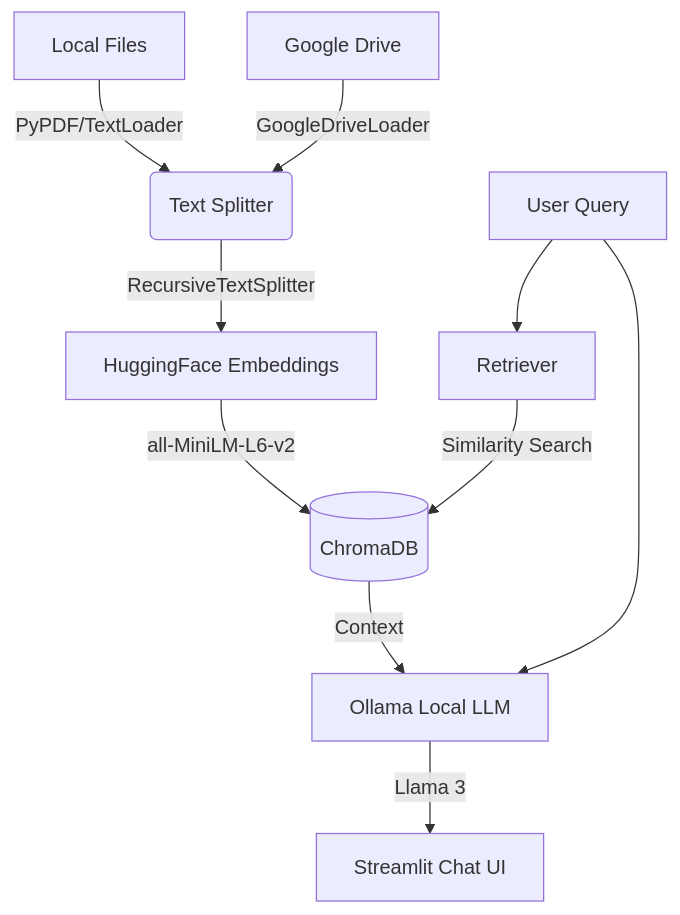
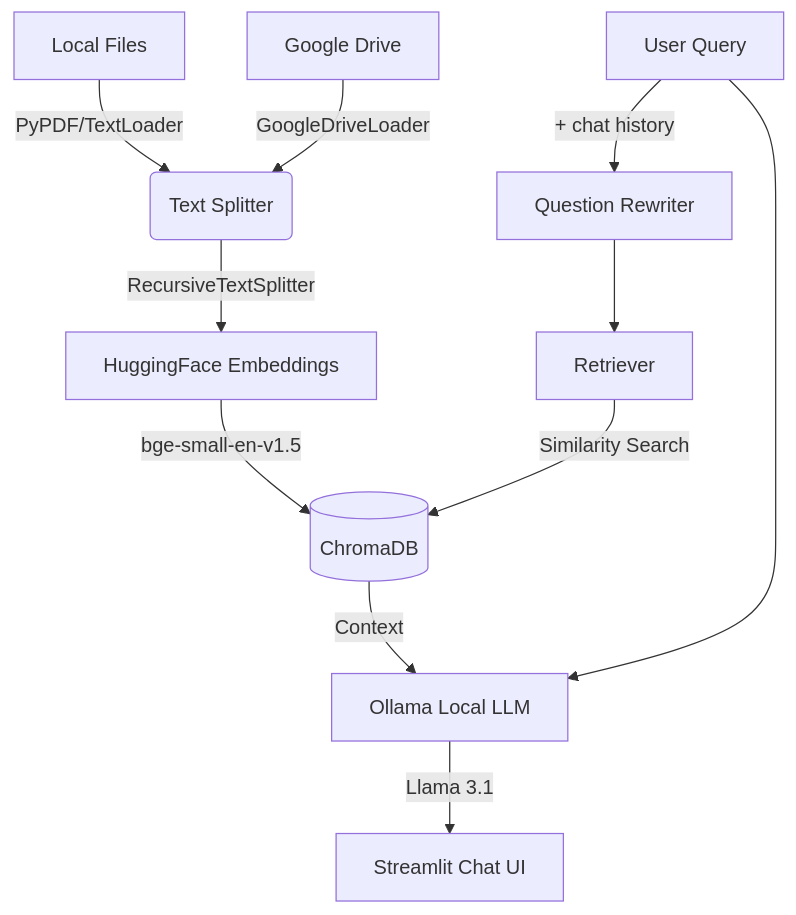
Before and after one commit to husseinzayat3/PrivateRAG: the diagram in README.md, drawn with Mermaid. The commit also changed other lines of this file and 7 other files, not shown here.

````diff
--- a/README.md
+++ b/README.md
@@ -21,13 +24,14 @@
 ```mermaid
 graph TD
     A[Local Files] -->|PyPDF/TextLoader| C(Text Splitter)
     B[Google Drive] -->|GoogleDriveLoader| C
     C -->|RecursiveTextSplitter| D[HuggingFace Embeddings]
-    D -->|all-MiniLM-L6-v2| E[(ChromaDB)]
-    
-    F[User Query] --> G[Retriever]
+    D -->|bge-small-en-v1.5| E[(ChromaDB)]
+
+    F[User Query] -->|+ chat history| Q[Question Rewriter]
+    Q --> G[Retriever]
     G -->|Similarity Search| E
     E -->|Context| H[Ollama Local LLM]
     F --> H
-    H -->|Llama 3| I[Streamlit Chat UI]
+    H -->|Llama 3.1| I[Streamlit Chat UI]
 ```
````
